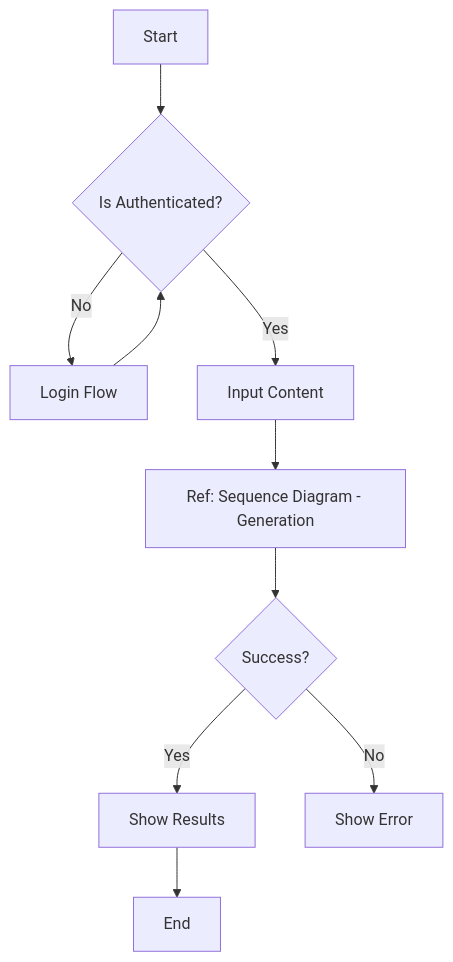
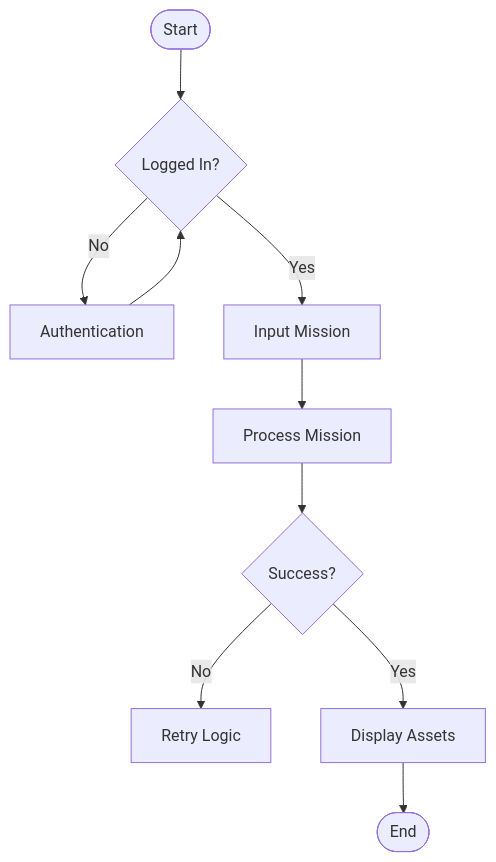
Before and after one commit to naresh-rn/echoly: diagram 13 of 20 in ALL_DIAGRAMS.md, drawn with Mermaid. The commit also changed other lines of this file and 1 other file, not shown here.

Commit message:
docs: repair diagram rendering and finalize comprehensive architecture dossier

````diff
--- a/ALL_DIAGRAMS.md
+++ b/ALL_DIAGRAMS.md
@@ -322,12 +321,12 @@
 ```mermaid
 flowchart TD
-    Start --> Auth{Is Authenticated?}
-    Auth -- No --> Login[Login Flow]
-    Auth -- Yes --> Input[Input Content]
-    Input --> Process[Ref: Sequence Diagram - Generation]
-    Process --> Result{Success?}
-    Result -- Yes --> Display[Show Results]
-    Result -- No --> Error[Show Error]
-    Display --> End
-    Login --> Auth
+    S([Start]) --> AuthCheck{Logged In?}
+    AuthCheck -- No --> AuthFlow[Authentication]
+    AuthCheck -- Yes --> MissionInput[Input Mission]
+    MissionInput --> CoreProcess[Process Mission]
+    CoreProcess --> StatusCheck{Success?}
+    StatusCheck -- No --> RetryFlow[Retry Logic]
+    StatusCheck -- Yes --> ResultView[Display Assets]
+    ResultView --> E([End])
+    AuthFlow --> AuthCheck
 ```
````
